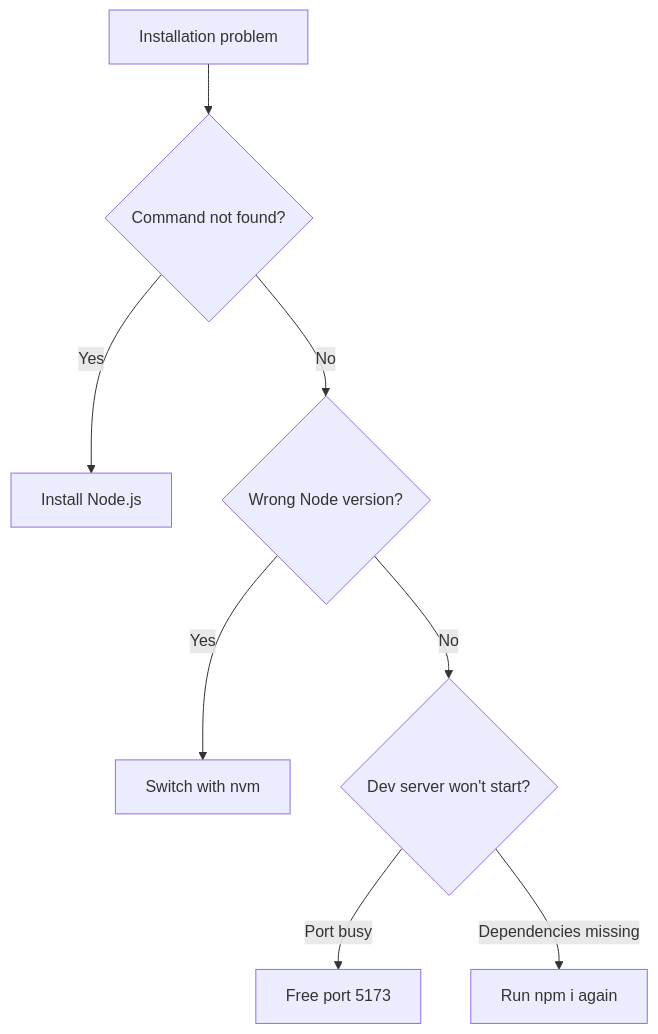
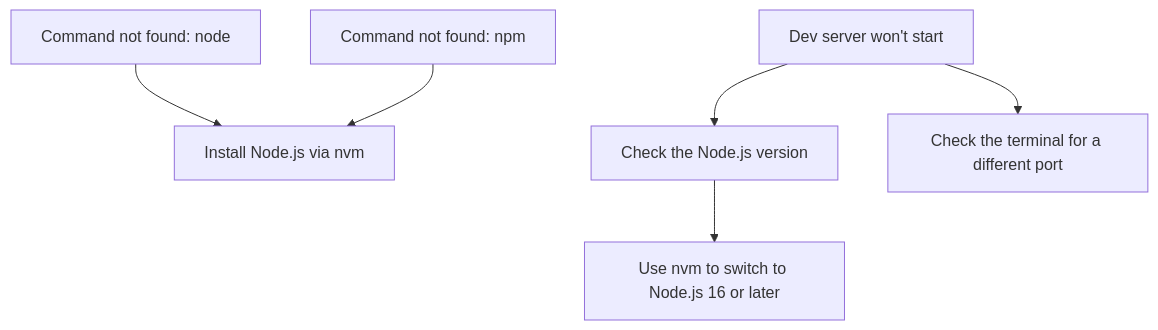
The second of 2 diagrams in api2-documentation/plan_2026-11-02_f8890e/user-facing-docs/system-requirements-and-installation.md (Mohita111/API2), drawn with Mermaid before and after one commit. The commit also changed other lines of this file and 12 other files, not shown here.

````diff
--- a/api2-documentation/plan_2026-11-02_f8890e/user-facing-docs/system-requirements-and-installation.md
+++ b/api2-documentation/plan_2026-11-02_f8890e/user-facing-docs/system-requirements-and-installation.md
@@ -48,10 +140,8 @@
 ```mermaid
 graph TD
-    A[Installation problem] --> B{"Command not found?"}
-    B -->|Yes| C["Install Node.js"]
-    B -->|No| D{"Wrong Node version?"}
-    D -->|Yes| E[Switch with nvm]
-    D -->|No| F{"Dev server won't start?"}
-    F -->|Port busy| G[Free port 5173]
-    F -->|Dependencies missing| H[Run npm i again]
+    A["Command not found: node"] --> B["Install Node.js via nvm"]
+    C["Command not found: npm"] --> B
+    D[Dev server won't start] --> E["Check the Node.js version"]
+    E --> F["Use nvm to switch to Node.js 16 or later"]
+    D --> G[Check the terminal for a different port]
 ```
````
